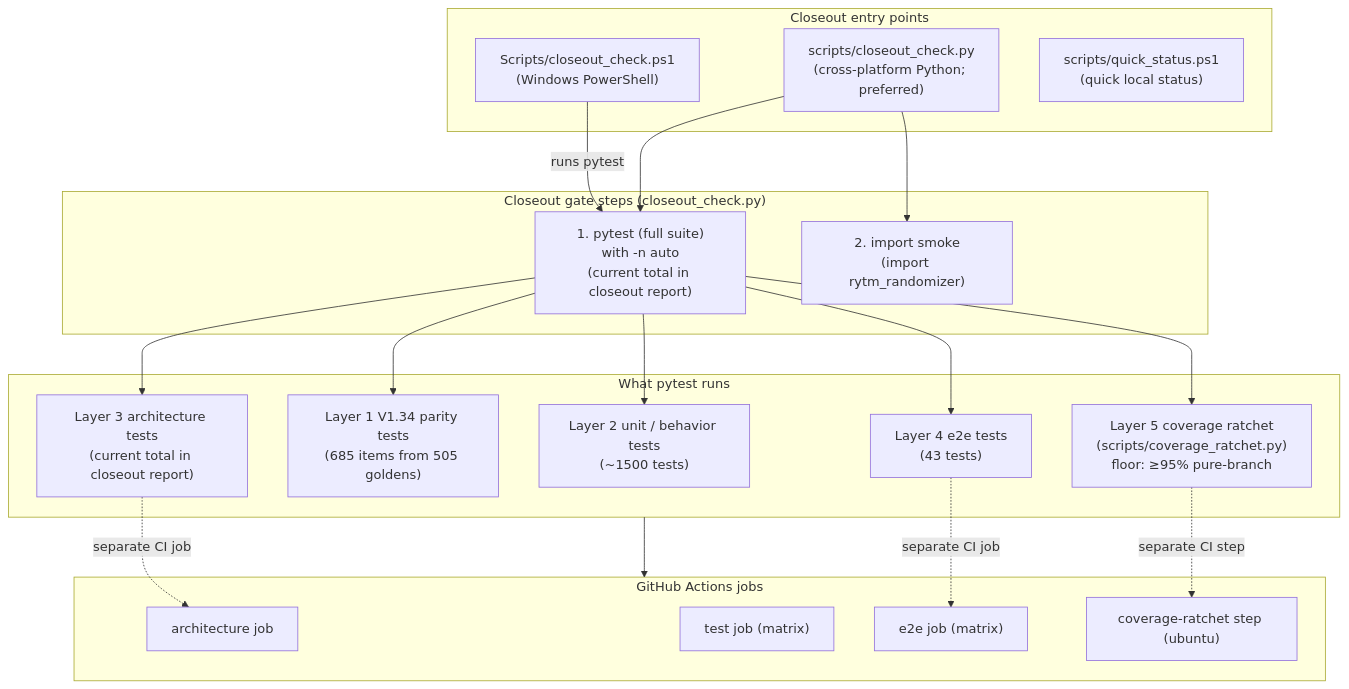
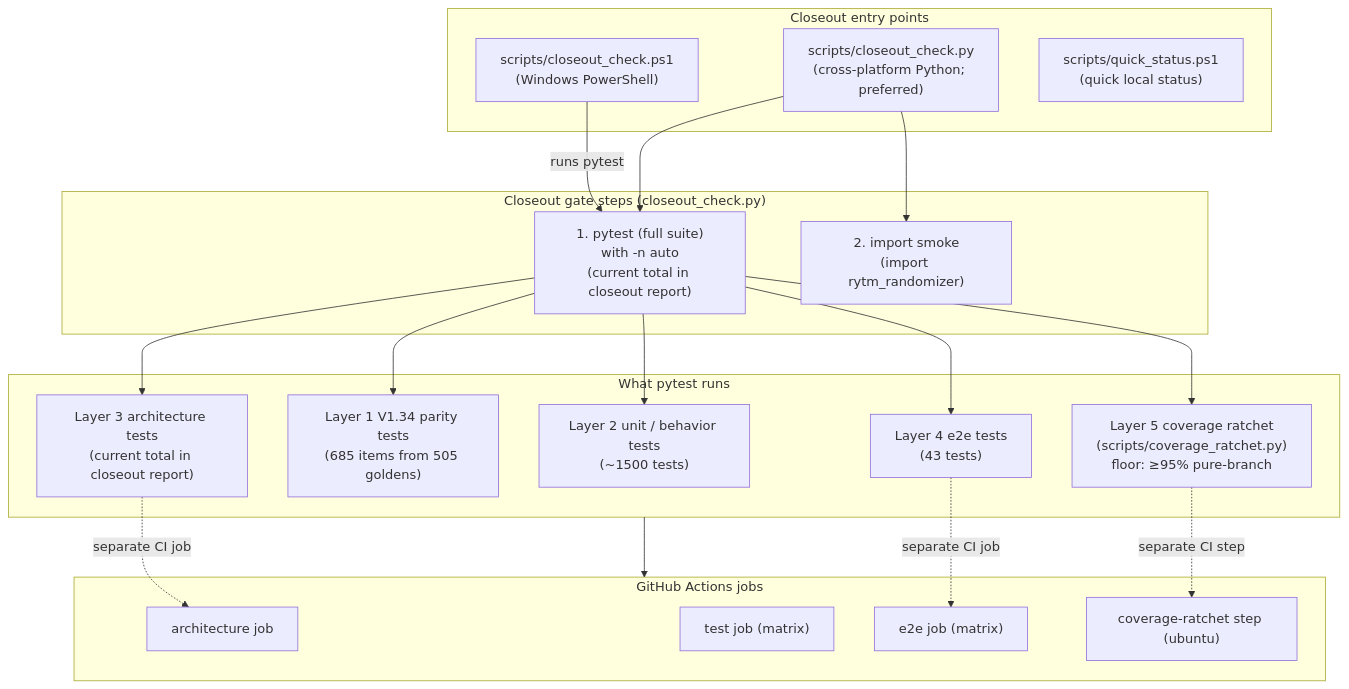
One commit to buzzijose-hub/RytmRandomizer changed diagram 24 of 35 in docs/ARCHITECTURE_DIAGRAMS.md. Above: the diagram before and after it, drawn with Mermaid. The commit also changed other lines of this file and 22 other files, not shown here.

````diff
--- a/docs/ARCHITECTURE_DIAGRAMS.md
+++ b/docs/ARCHITECTURE_DIAGRAMS.md
@@ -1895,43 +1895,43 @@
 ```mermaid
 flowchart TB
     subgraph Entry["Closeout entry points"]
-        CloseoutPS1["Scripts/closeout_check.ps1<br/>(Windows PowerShell)"]
+        CloseoutPS1["scripts/closeout_check.ps1<br/>(Windows PowerShell)"]
         CloseoutPy["scripts/closeout_check.py<br/>(cross-platform Python; preferred)"]
         QuickStatus["scripts/quick_status.ps1<br/>(quick local status)"]
     end
 
     subgraph GateSteps["Closeout gate steps (closeout_check.py)"]
         Step1["1. pytest (full suite)<br/>with -n auto<br/>(current total in closeout report)"]
         Step2["2. import smoke<br/>(import rytm_randomizer)"]
     end
 
     subgraph PytestLayers["What pytest runs"]
         PassiveTests["Layer 2 unit / behavior tests<br/>(~1500 tests)"]
         ParityTests["Layer 1 V1.34 parity tests<br/>(685 items from 505 goldens)"]
         ArchTests["Layer 3 architecture tests<br/>(current total in closeout report)"]
         E2ETests["Layer 4 e2e tests<br/>(43 tests)"]
         CovStep["Layer 5 coverage ratchet<br/>(scripts/coverage_ratchet.py)<br/>floor: ≥95% pure-branch"]
     end
 
     subgraph CIJobs["GitHub Actions jobs"]
         CIArch["architecture job"]
         CITest["test job (matrix)"]
         CIE2E["e2e job (matrix)"]
         CIRatchet["coverage-ratchet step (ubuntu)"]
     end
 
     CloseoutPS1 -->|"runs pytest"| Step1
     CloseoutPy --> Step1
     CloseoutPy --> Step2
 
     Step1 --> PassiveTests
     Step1 --> ParityTests
     Step1 --> ArchTests
     Step1 --> E2ETests
     Step1 --> CovStep
 
     PytestLayers --> CIJobs
     ArchTests -.->|"separate CI job"| CIArch
     E2ETests -.->|"separate CI job"| CIE2E
     CovStep -.->|"separate CI step"| CIRatchet
 ```
````
